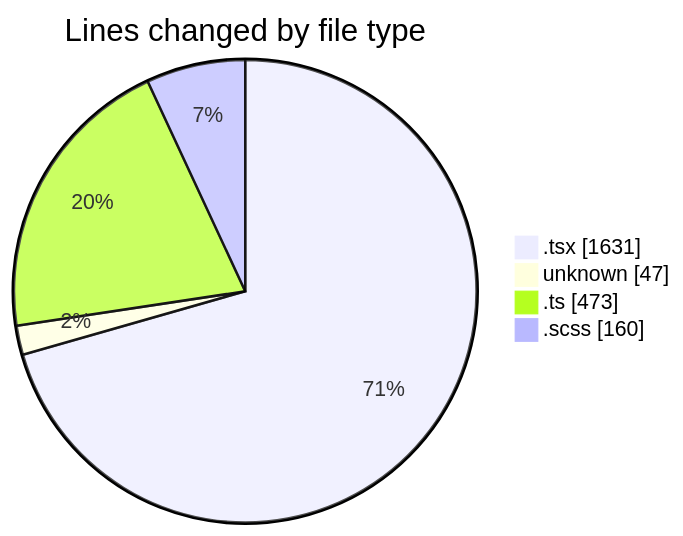
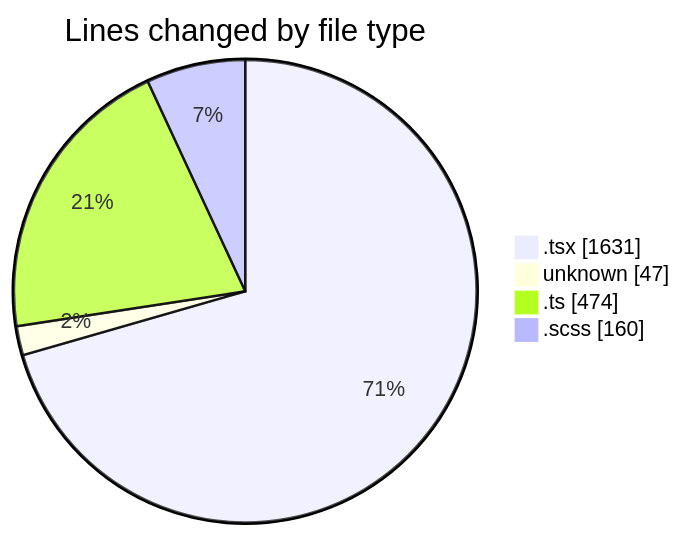
One commit to momahboobian/code-tracking changed the first of 2 diagrams in 2025-09-18/cda/README.md. Above: the diagram before and after it, drawn with Mermaid. The commit also changed other lines of this file and 1 other file, not shown here.

````diff
--- a/2025-09-18/cda/README.md
+++ b/2025-09-18/cda/README.md
@@ -25,8 +25,8 @@
 ```mermaid
 pie showData
 title Lines changed by file type
 ".tsx" : 1631
 "unknown" : 47
-".ts" : 473
+".ts" : 474
 ".scss" : 160
 ```
````
